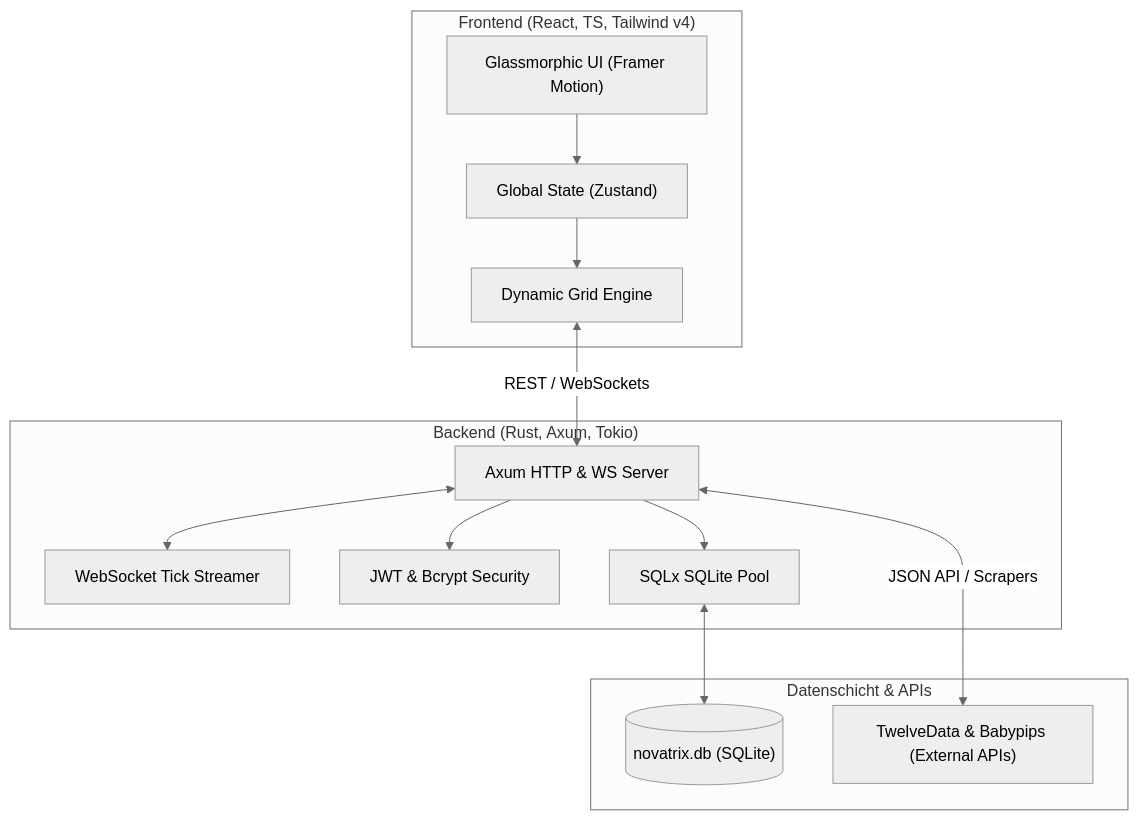
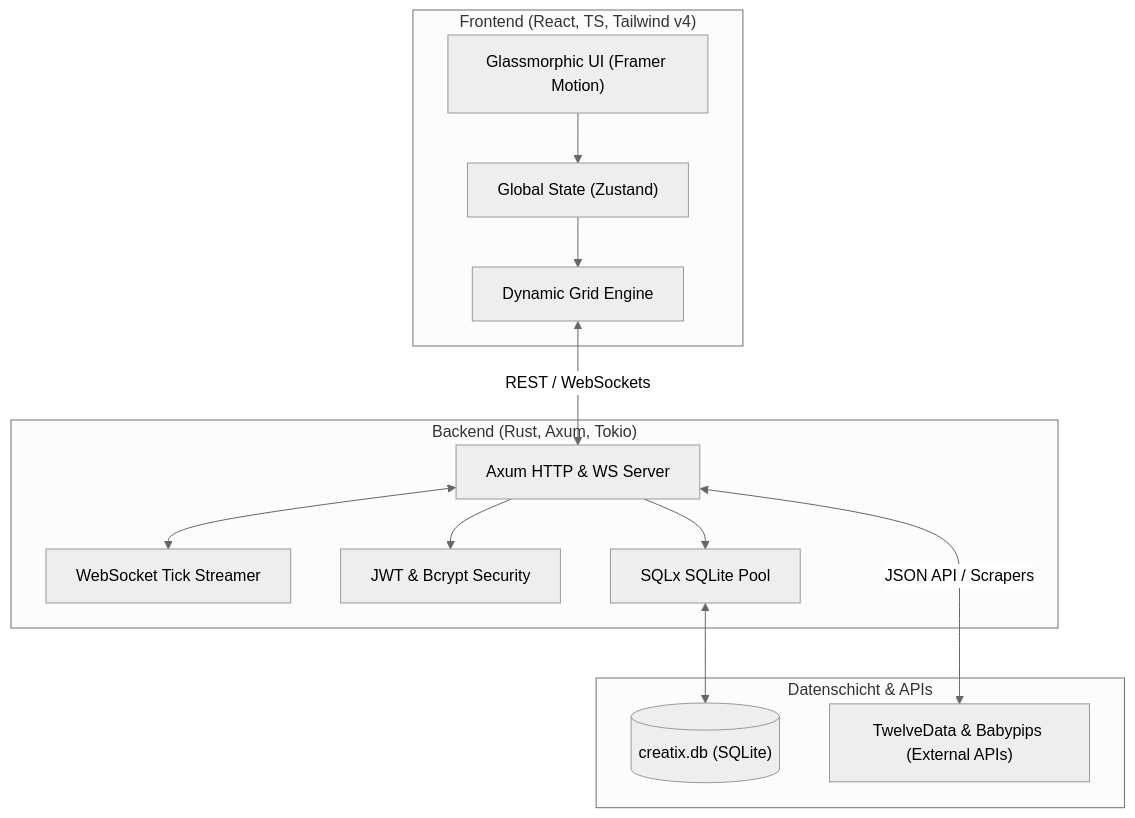
Before and after one commit to ChrasherTheCreator/Novatrix-Trading-Terminal: the diagram in README.md, drawn with Mermaid (neutral theme). The commit also changed other lines of this file and 54 other files, not shown here.

````diff
--- a/README.md
+++ b/README.md
@@ -26,29 +26,29 @@
 ```mermaid
 graph TD
     subgraph Client ["Frontend (React, TS, Tailwind v4)"]
         UI["Glassmorphic UI (Framer Motion)"]
         Zustand["Global State (Zustand)"]
         Grid["Dynamic Grid Engine"]
     end
 
     subgraph Server ["Backend (Rust, Axum, Tokio)"]
         API["Axum HTTP & WS Server"]
         WS["WebSocket Tick Streamer"]
         Auth["JWT & Bcrypt Security"]
         SQL["SQLx SQLite Pool"]
     end
 
     subgraph Data ["Datenschicht & APIs"]
-        DB[("novatrix.db (SQLite)")]
+        DB[("creatix.db (SQLite)")]
         External["TwelveData & Babypips (External APIs)"]
     end
 
     UI --> Zustand
     Zustand --> Grid
     Grid <-->|"REST / WebSockets"| API
     API <--> WS
     API --> Auth
     API --> SQL
     SQL <--> DB
     API <-->|"JSON API / Scrapers"| External
 ```
````
